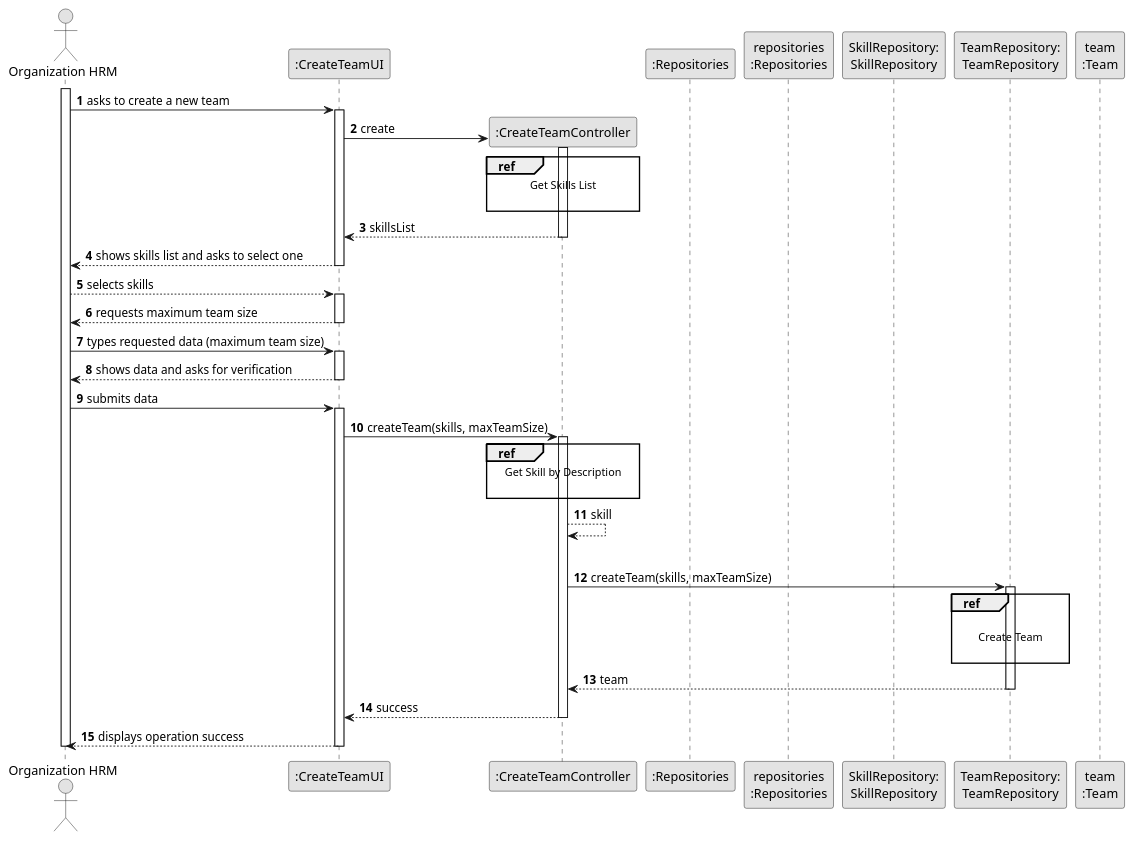
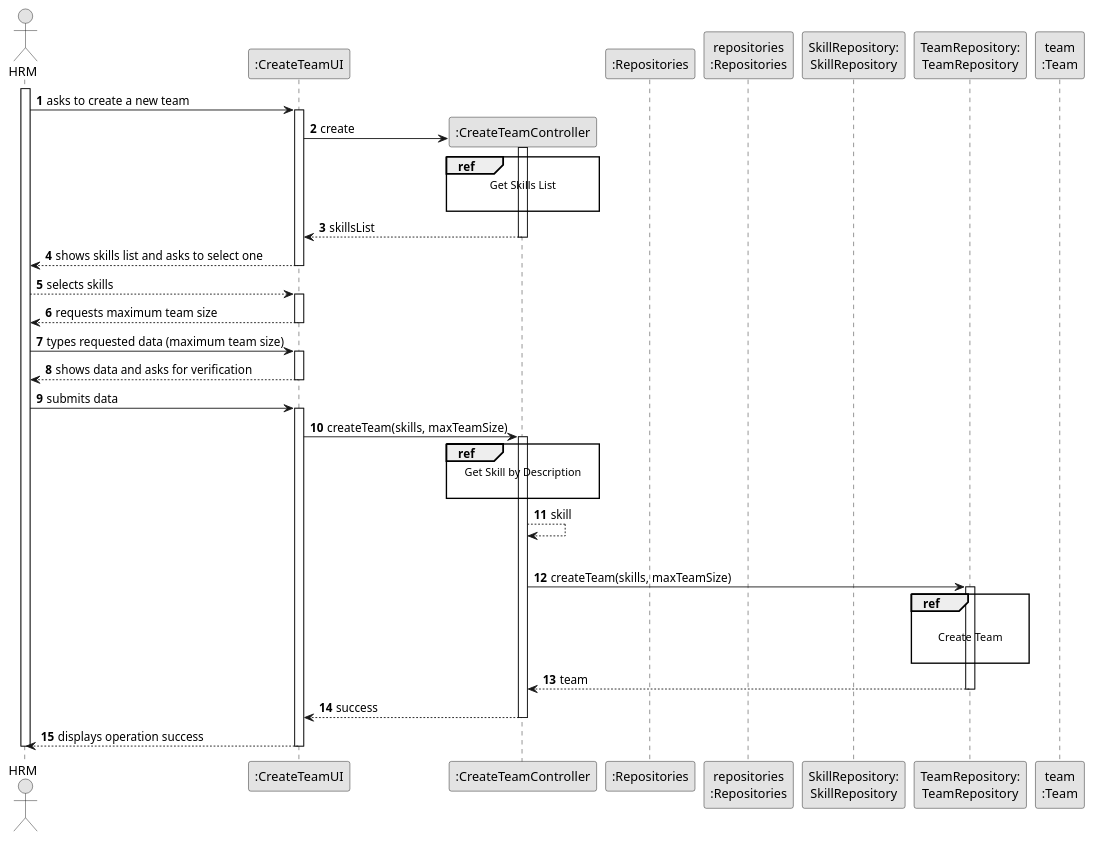
Before and after one commit to ricardomm7/leaflink: the diagram in docs/sprintB/us005/03.design/puml/us005-sequence-diagram-split.puml, drawn with PlantUML. The commit also changed 70 other files, not shown here.

```diff
--- a/docs/sprintB/us005/03.design/puml/us005-sequence-diagram-split.puml
+++ b/docs/sprintB/us005/03.design/puml/us005-sequence-diagram-split.puml
@@ -1,83 +1,83 @@
 @startuml
 skinparam monochrome true
 skinparam packageStyle rectangle
 skinparam shadowing false
 
 autonumber
 
 'hide footbox
-actor "Organization HRM" as ADM
+actor "HRM" as ADM
 participant ":CreateTeamUI" as UI
 participant ":CreateTeamController" as CTRL
 participant ":Repositories" as RepositorySingleton
 participant "repositories\n:Repositories" as PLAT
 participant "SkillRepository:\nSkillRepository" as SkillRepository
 participant "TeamRepository:\nTeamRepository" as TeamRepository
 participant "team\n:Team" as Team
 
 activate ADM
 
     ADM -> UI : asks to create a new team
     activate UI
 
                 UI -> CTRL** : create
 
                 activate CTRL
 
                     ref over CTRL
                                 Get Skills List
 
                             end ref
 
                     CTRL --> UI : skillsList
                 deactivate CTRL
 
                 UI --> ADM : shows skills list and asks to select one
             deactivate UI
 
         ADM --> UI : selects skills
         activate UI
 
         UI --> ADM : requests maximum team size
     deactivate UI
 
     ADM -> UI : types requested data (maximum team size)
     activate UI
 
         UI --> ADM : shows data and asks for verification
     deactivate UI
 
     ADM -> UI : submits data
     activate UI
 
         UI -> CTRL : createTeam(skills, maxTeamSize)
         activate CTRL
 
             ref over CTRL
                         Get Skill by Description
 
                     end ref
                     CTRL --> CTRL : skill
 
 
             |||
                 CTRL -> TeamRepository: createTeam(skills, maxTeamSize)
                 activate TeamRepository
 
                 ref over TeamRepository
 
                             Create Team
 
                         end ref
 
             TeamRepository --> CTRL: team
             deactivate TeamRepository
 
             CTRL --> UI : success
             deactivate CTRL
             UI --> ADM: displays operation success
     deactivate UI
 
 deactivate ADM
 
 @enduml
```
